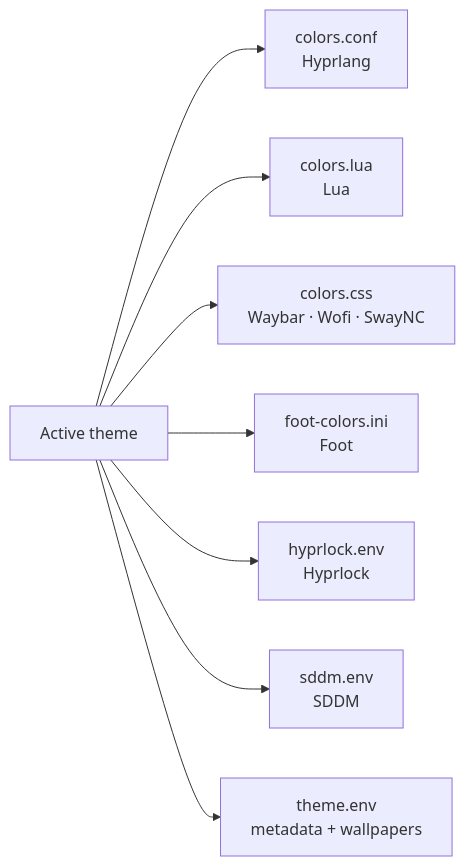
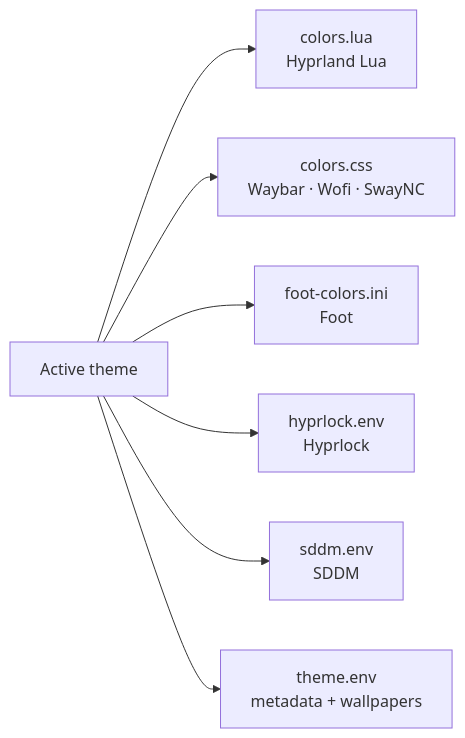
Before and after one commit to jcpina83/jc-hyprland-dotfiles: the second of 4 diagrams in docs/architecture.md, drawn with Mermaid. The commit also changed other lines of this file and 17 other files, not shown here.

Commit message:
refactor(hyprland): retire legacy Hyprlang configuration

````diff
--- a/docs/architecture.md
+++ b/docs/architecture.md
@@ -296,19 +329,17 @@
 ```mermaid
 flowchart LR
     T["Active theme"]
-    C1["colors.conf<br/>Hyprlang"]
-    C2["colors.lua<br/>Lua"]
-    C3["colors.css<br/>Waybar · Wofi · SwayNC"]
-    C4["foot-colors.ini<br/>Foot"]
-    C5["hyprlock.env<br/>Hyprlock"]
-    C6["sddm.env<br/>SDDM"]
-    C7["theme.env<br/>metadata + wallpapers"]
+    L["colors.lua<br/>Hyprland Lua"]
+    CSS["colors.css<br/>Waybar · Wofi · SwayNC"]
+    F["foot-colors.ini<br/>Foot"]
+    H["hyprlock.env<br/>Hyprlock"]
+    S["sddm.env<br/>SDDM"]
+    E["theme.env<br/>metadata + wallpapers"]
 
-    T --> C1
-    T --> C2
-    T --> C3
-    T --> C4
-    T --> C5
-    T --> C6
-    T --> C7
+    T --> L
+    T --> CSS
+    T --> F
+    T --> H
+    T --> S
+    T --> E
 ```
````
